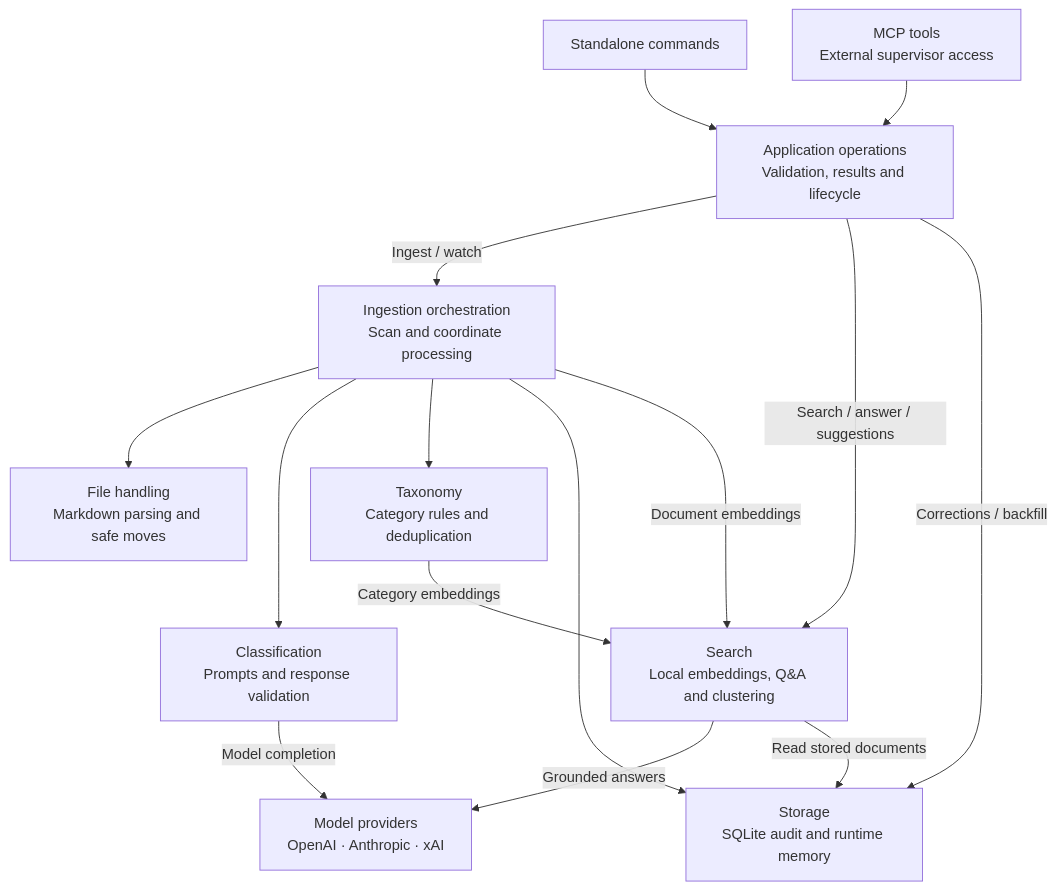
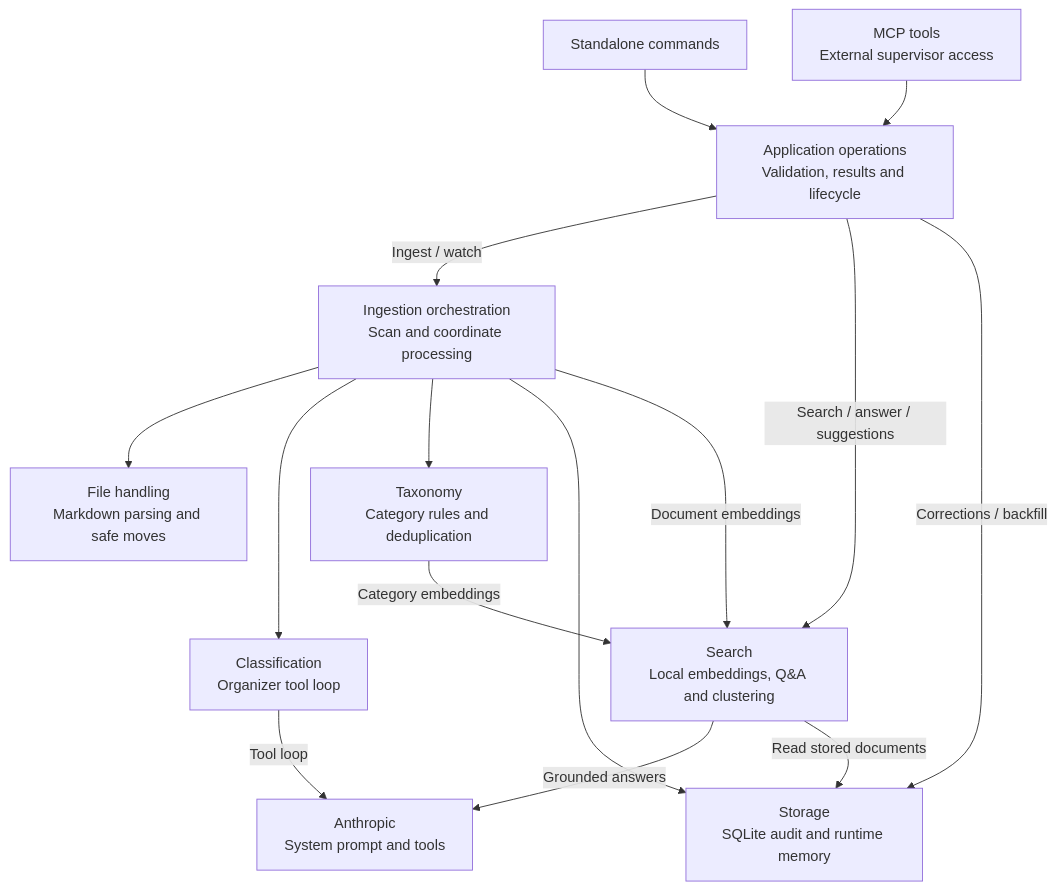
The diagram in ingest-classifier/README.md (elisealcala/agents), drawn with Mermaid before and after one commit. The commit also changed other lines of this file and 94 other files, not shown here.

First line of the commit message:
Place notes with one Anthropic organizer and a local studio.

````diff
--- a/ingest-classifier/README.md
+++ b/ingest-classifier/README.md
@@ -9,30 +9,30 @@
 ```mermaid
 flowchart TB
     Commands["Standalone commands"]
     MCP["MCP tools<br/>External supervisor access"]
     Application["Application operations<br/>Validation, results and lifecycle"]
     Pipeline["Ingestion orchestration<br/>Scan and coordinate processing"]
     Files["File handling<br/>Markdown parsing and safe moves"]
-    Classification["Classification<br/>Prompts and response validation"]
+    Classification["Classification<br/>Organizer tool loop"]
     Taxonomy["Taxonomy<br/>Category rules and deduplication"]
     Search["Search<br/>Local embeddings, Q&A and clustering"]
     Storage["Storage<br/>SQLite audit and runtime memory"]
-    Providers["Model providers<br/>OpenAI · Anthropic · xAI"]
+    Providers["Anthropic<br/>System prompt and tools"]
 
     Commands --> Application
     MCP --> Application
     Application -->|"Ingest / watch"| Pipeline
     Application -->|"Search / answer / suggestions"| Search
     Application -->|"Corrections / backfill"| Storage
 
     Pipeline --> Files
     Pipeline --> Classification
     Pipeline --> Taxonomy
     Pipeline --> Storage
     Pipeline -->|"Document embeddings"| Search
 
     Taxonomy -->|"Category embeddings"| Search
-    Classification -->|"Model completion"| Providers
+    Classification -->|"Tool loop"| Providers
     Search -->|"Grounded answers"| Providers
     Search -->|"Read stored documents"| Storage
 ```
````
